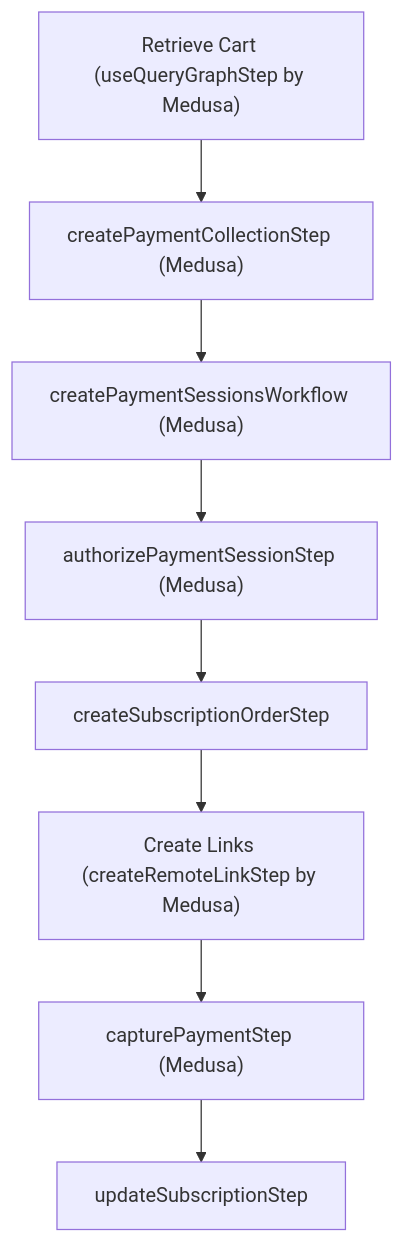
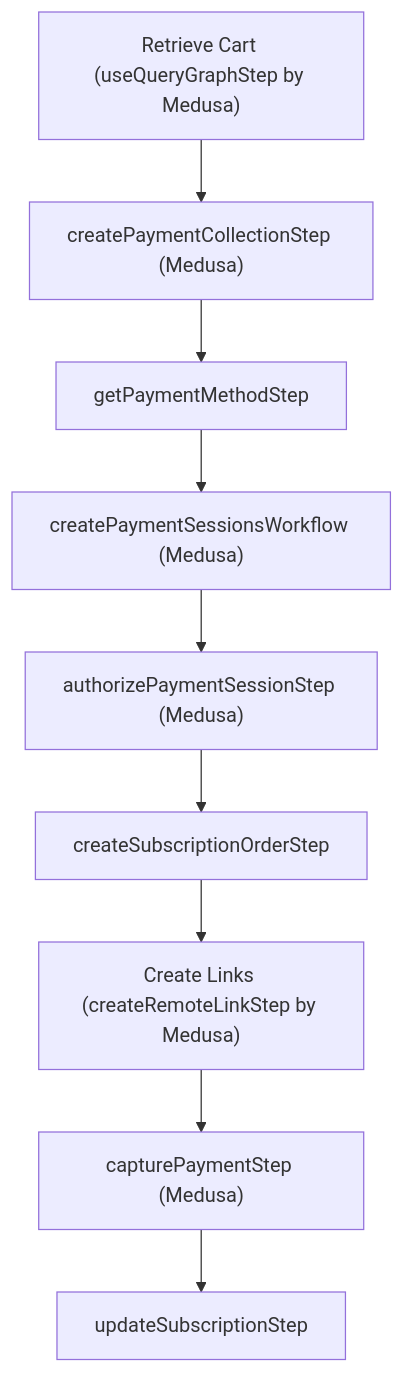
Before and after one commit to Astro-Discs-TX/medusa: the diagram in www/apps/resources/app/recipes/subscriptions/examples/standard/page.mdx, drawn with Mermaid. The commit also changed other lines of this file and 2 other files, not shown here.

Commit message:
docs: update subscriptions recipe with stripe payment

````diff
--- a/www/apps/resources/app/recipes/subscriptions/examples/standard/page.mdx
+++ b/www/apps/resources/app/recipes/subscriptions/examples/standard/page.mdx
@@ -1516,10 +1704,11 @@
 ```mermaid
 graph TD
   useQueryGraphStep["Retrieve Cart (useQueryGraphStep by Medusa)"] --> createPaymentCollectionStep["createPaymentCollectionStep (Medusa)"]
-  createPaymentCollectionStep["createPaymentCollectionStep (Medusa)"] --> createPaymentSessionsWorkflow["createPaymentSessionsWorkflow (Medusa)"]
+  createPaymentCollectionStep["createPaymentCollectionStep (Medusa)"] --> getPaymentMethodStep
+  getPaymentMethodStep --> createPaymentSessionsWorkflow["createPaymentSessionsWorkflow (Medusa)"]
   createPaymentSessionsWorkflow["createPaymentSessionsWorkflow (Medusa)"] --> authorizePaymentSessionStep["authorizePaymentSessionStep (Medusa)"]
   authorizePaymentSessionStep["authorizePaymentSessionStep (Medusa)"] --> createSubscriptionOrderStep
   createSubscriptionOrderStep --> createRemoteLinkStep["Create Links (createRemoteLinkStep by Medusa)"]
   createRemoteLinkStep["Create Links (createRemoteLinkStep by Medusa)"] --> capturePaymentStep["capturePaymentStep (Medusa)"]
   capturePaymentStep["capturePaymentStep (Medusa)"] --> updateSubscriptionStep
 ```
````
